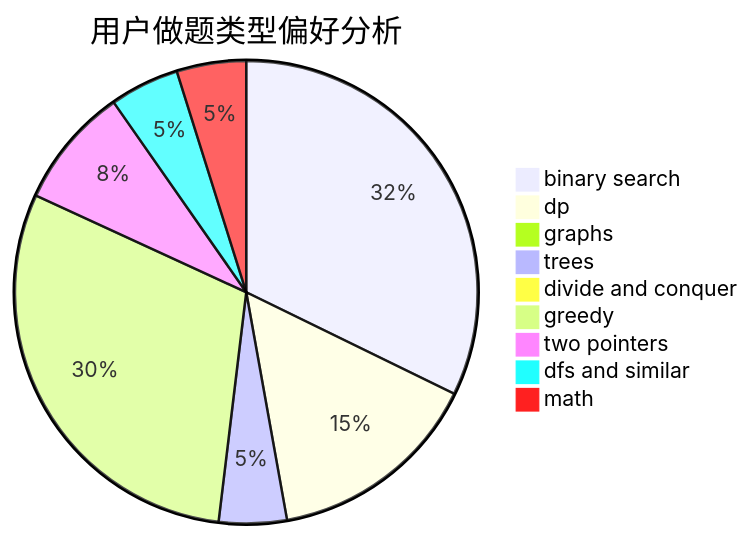
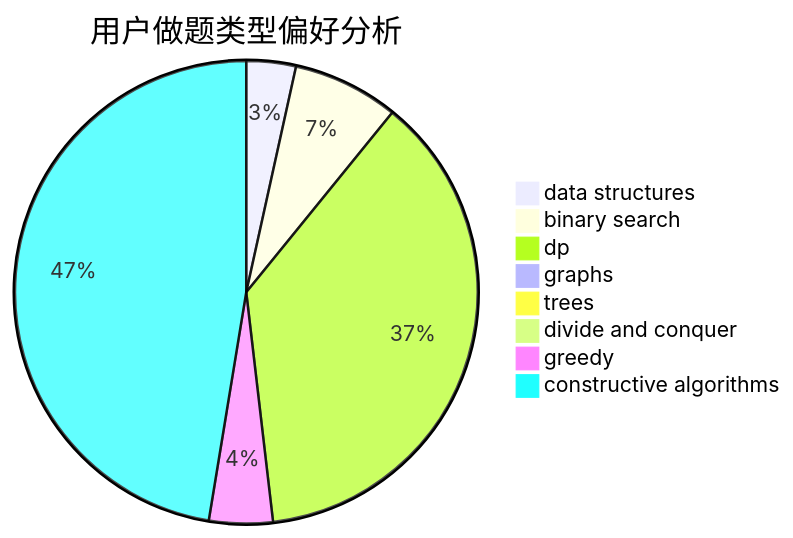
The second of 3 diagrams in docs/user/u1333.md (sherpahu/cfrs.github.io), drawn with Mermaid before and after one commit. The commit also changed other lines of this file and 2775 other files, not shown here.

````diff
--- a/docs/user/u1333.md
+++ b/docs/user/u1333.md
@@ -23,12 +23,11 @@
 ```mermaid
 pie title 用户做题类型偏好分析
-    "binary search" :  565
-    "dp" :  262
-    "graphs" :  8
-    "trees" :  83
+    "data structures" :  14
+    "binary search" :  30
+    "dp" :  151
+    "graphs" :  2
+    "trees" :  0
     "divide and conquer" :  0
-    "greedy" :  525
-    "two pointers" :  148
-    "dfs and similar" :  85
-    "math" :  85
+    "greedy" :  18
+    "constructive algorithms" :  192
 ```
````
